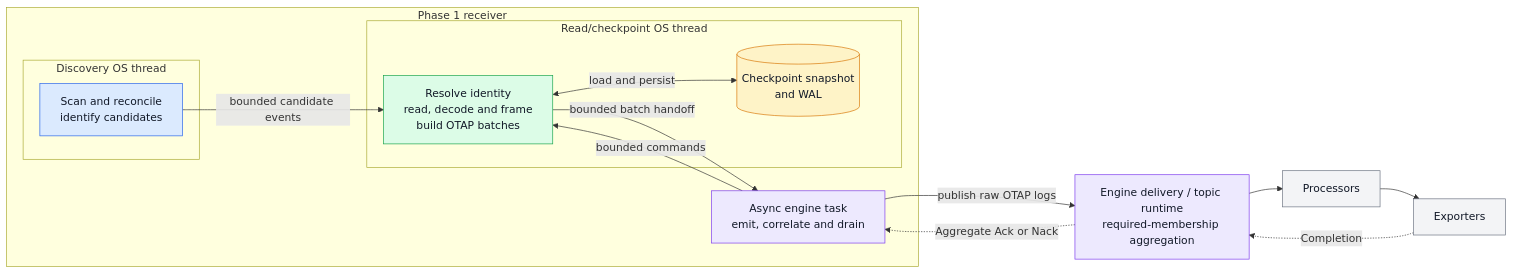
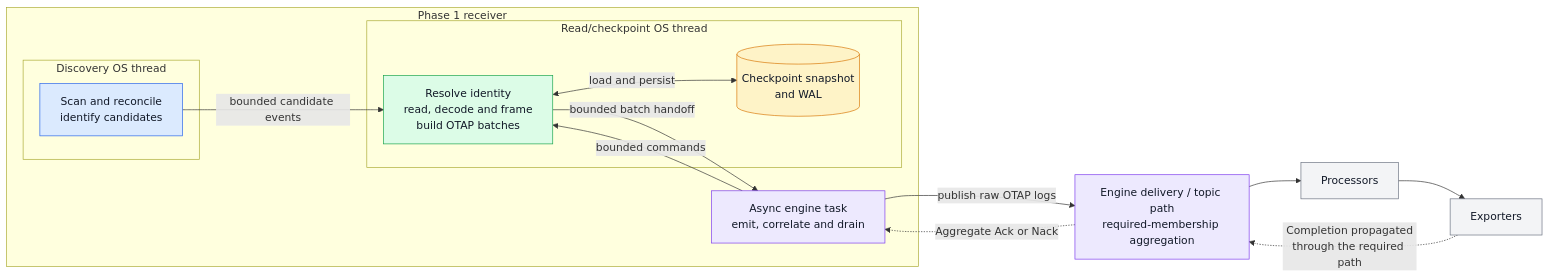
The first of 2 diagrams in rust/otap-dataflow/docs/filelog-receiver.md (open-telemetry/otel-arrow), drawn with Mermaid before and after one commit. The commit also changed other lines of this file and 3 other files, not shown here.

````diff
--- a/rust/otap-dataflow/docs/filelog-receiver.md
+++ b/rust/otap-dataflow/docs/filelog-receiver.md
@@ -248,38 +248,38 @@
 ```mermaid
 flowchart LR
   subgraph receiver["Phase 1 receiver"]
     subgraph discovery["Discovery OS thread"]
       D["Scan and reconcile<br/>identify candidates"]
     end
 
     subgraph worker["Read/checkpoint OS thread"]
       W["Resolve identity<br/>read, decode and frame<br/>build OTAP batches"]
       C[("Checkpoint snapshot<br/>and WAL")]
       W <-->|"load and persist"| C
     end
 
     A["Async engine task<br/>emit, correlate and drain"]
 
     D -->|"bounded candidate events"| W
     W -->|"bounded batch handoff"| A
     A -->|"bounded commands"| W
   end
 
-  A -->|"publish raw OTAP logs"| T["Engine delivery / topic runtime<br/>required-membership aggregation"]
+  A -->|"publish raw OTAP logs"| T["Engine delivery / topic path<br/>required-membership aggregation"]
   T --> P["Processors"]
   P --> E["Exporters"]
-  E -.->|"Completion"| T
+  E -.->|"Completion propagated<br/>through the required path"| T
   T -.->|"Aggregate Ack or Nack"| A
 
   class D discoveryNode
   class W workerNode
   class A,T controlNode
   class C stateNode
   class P,E downstreamNode
 
   classDef discoveryNode fill:#DBEAFE,stroke:#2563EB,color:#111827
   classDef workerNode fill:#DCFCE7,stroke:#16A34A,color:#111827
   classDef controlNode fill:#EDE9FE,stroke:#7C3AED,color:#111827
   classDef stateNode fill:#FEF3C7,stroke:#D97706,color:#111827
   classDef downstreamNode fill:#F3F4F6,stroke:#6B7280,color:#111827
 ```
````
